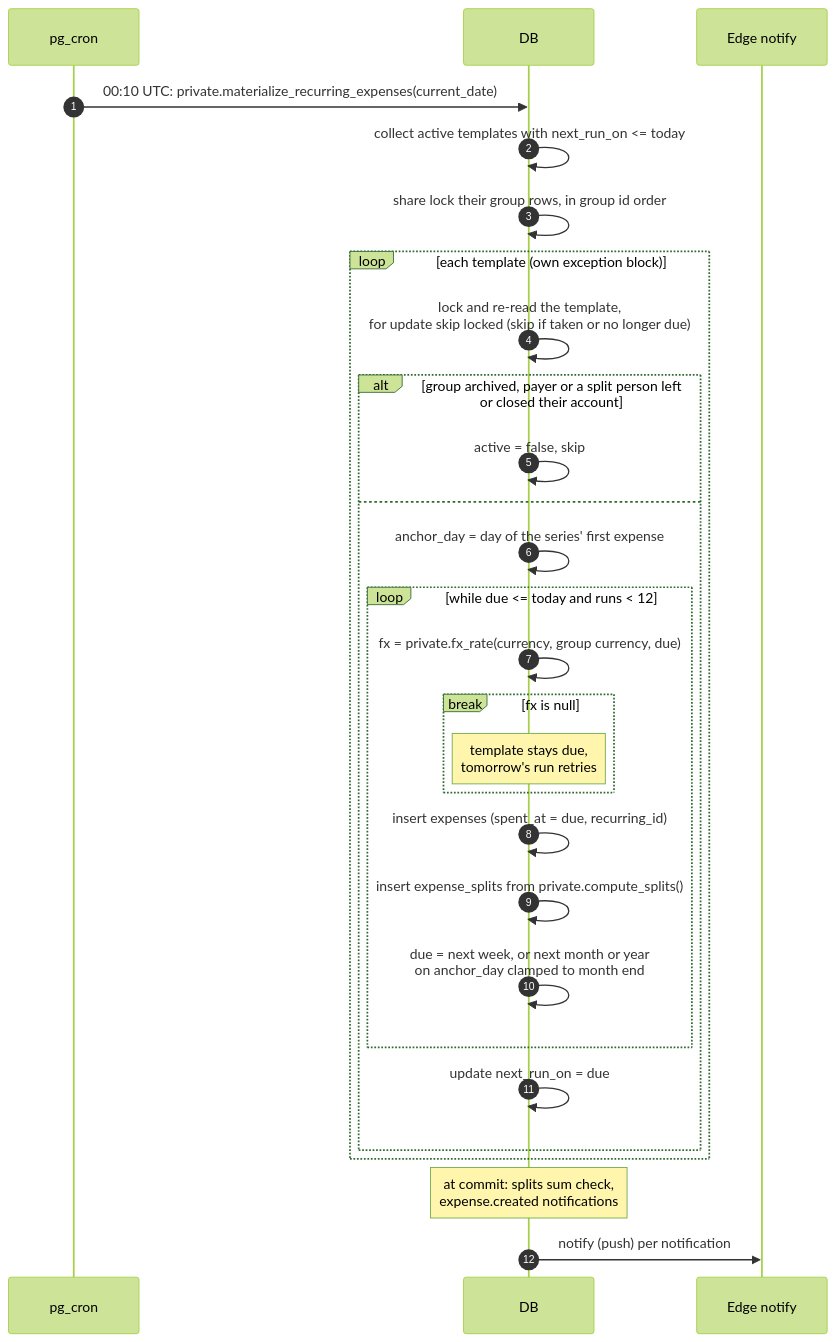
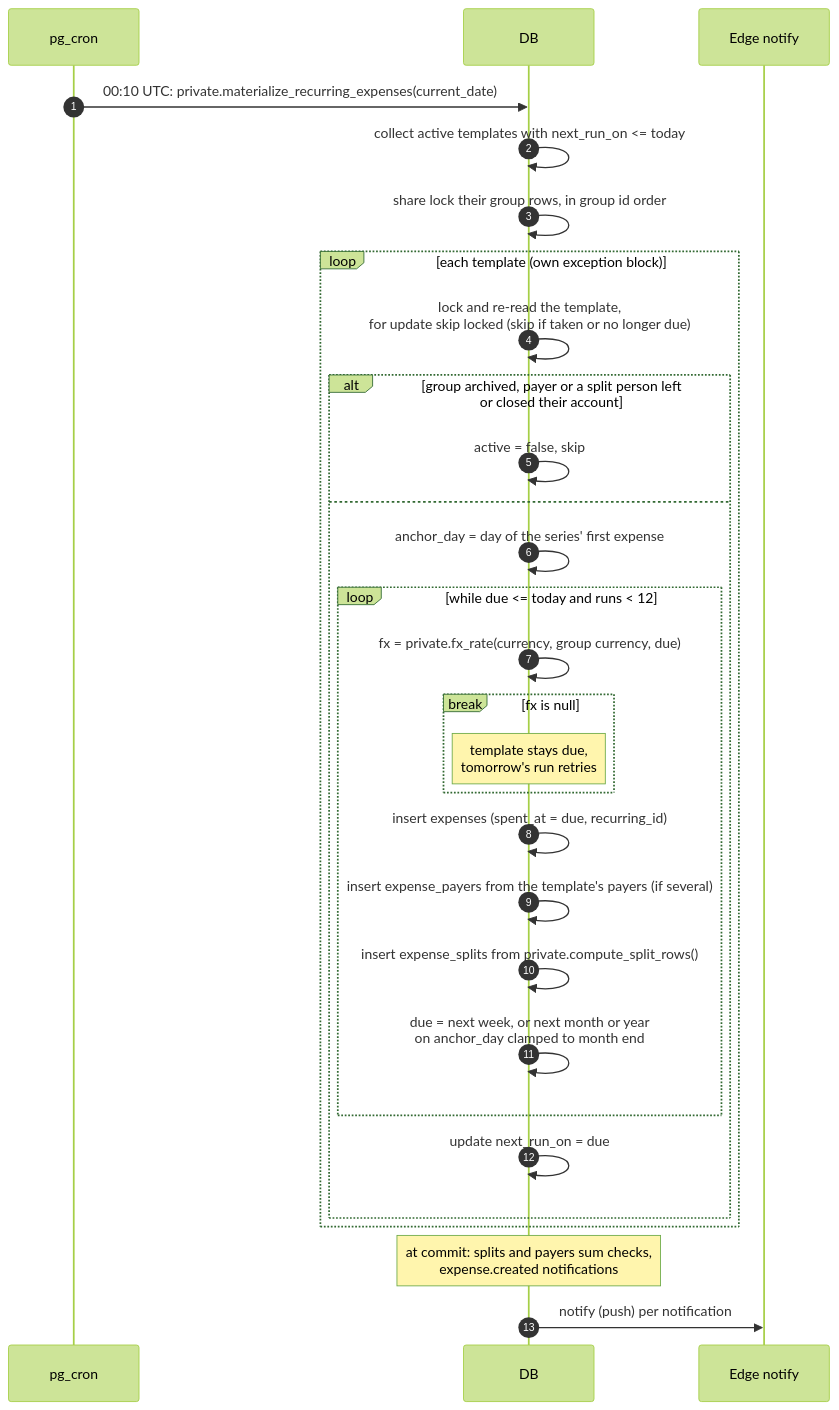
Before and after one commit to Fermulate/potluck: diagram 11 of 15 in docs/sequences.md, drawn with Mermaid (forest theme). The commit also changed other lines of this file and 11 other files, not shown here.

Commit message:
docs: adr 12, expense entry in architecture, sequences and the parity matrix

````diff
--- a/docs/sequences.md
+++ b/docs/sequences.md
@@ -352,31 +357,32 @@
 ```mermaid
 sequenceDiagram
   autonumber
   participant CR as pg_cron
   participant DB as DB
   participant E as Edge notify
 
   CR->>DB: 00:10 UTC: private.materialize_recurring_expenses(current_date)
   DB->>DB: collect active templates with next_run_on <= today
   DB->>DB: share lock their group rows, in group id order
   loop each template (own exception block)
     DB->>DB: lock and re-read the template,<br/>for update skip locked (skip if taken or no longer due)
     alt group archived, payer or a split person left<br/>or closed their account
       DB->>DB: active = false, skip
     else
       DB->>DB: anchor_day = day of the series' first expense
       loop while due <= today and runs < 12
         DB->>DB: fx = private.fx_rate(currency, group currency, due)
         break fx is null
           Note over DB: template stays due,<br/>tomorrow's run retries
         end
         DB->>DB: insert expenses (spent_at = due, recurring_id)
-        DB->>DB: insert expense_splits from private.compute_splits()
+        DB->>DB: insert expense_payers from the template's payers (if several)
+        DB->>DB: insert expense_splits from private.compute_split_rows()
         DB->>DB: due = next week, or next month or year<br/>on anchor_day clamped to month end
       end
       DB->>DB: update next_run_on = due
     end
   end
-  Note over DB: at commit: splits sum check,<br/>expense.created notifications
+  Note over DB: at commit: splits and payers sum checks,<br/>expense.created notifications
   DB->>E: notify (push) per notification
 ```
````
